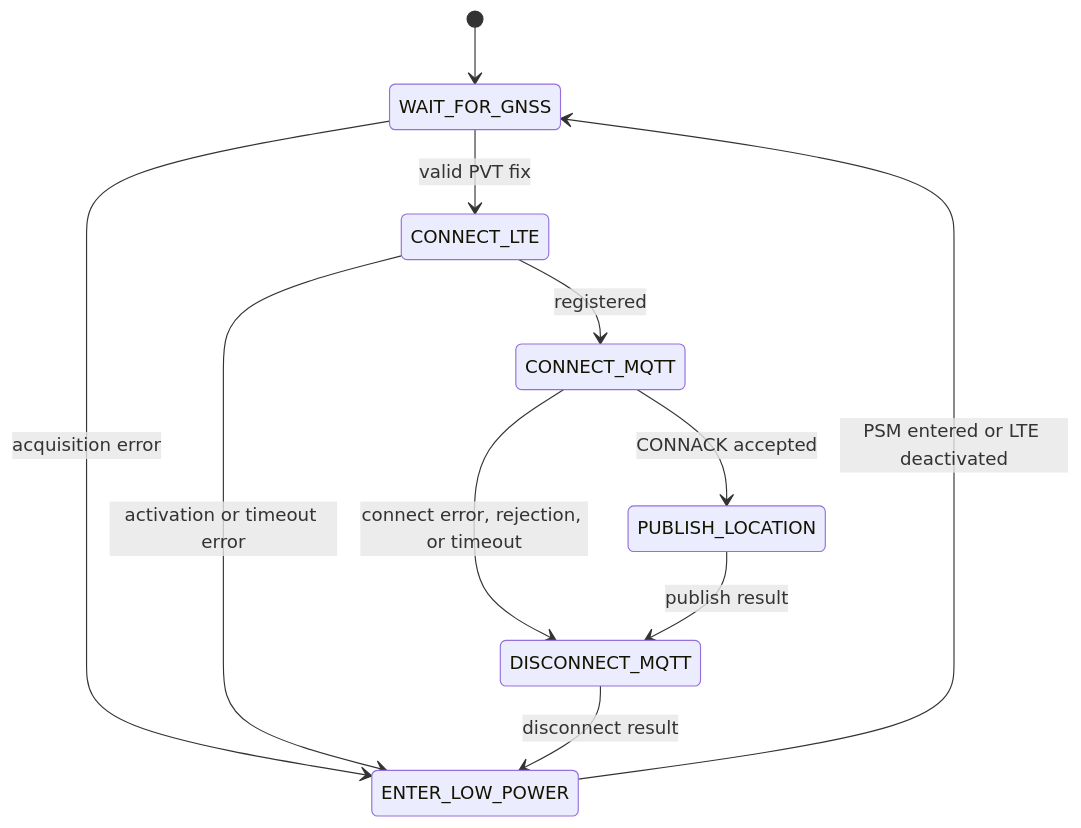
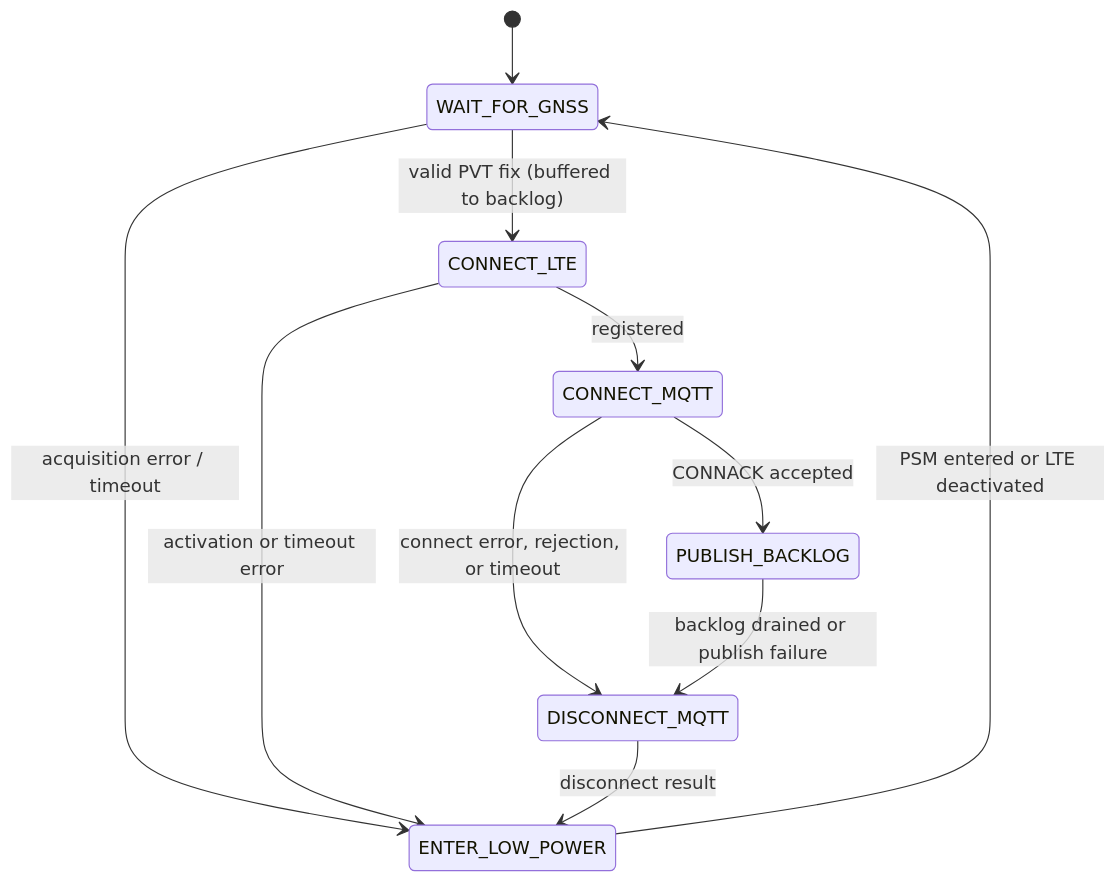
One commit to Faiisu/WildLifeTracking-NBIOT changed the second of 2 diagrams in myprojects/gps_mqtt_tracker/CODE_ARCHITECTURE.md. Above: the diagram before and after it, drawn with Mermaid. The commit also changed other lines of this file and 20 other files, not shown here.

````diff
--- a/myprojects/gps_mqtt_tracker/CODE_ARCHITECTURE.md
+++ b/myprojects/gps_mqtt_tracker/CODE_ARCHITECTURE.md
@@ -96,13 +98,13 @@
 ```mermaid
 stateDiagram-v2
     [*] --> WAIT_FOR_GNSS
-    WAIT_FOR_GNSS --> CONNECT_LTE: valid PVT fix
-    WAIT_FOR_GNSS --> ENTER_LOW_POWER: acquisition error
+    WAIT_FOR_GNSS --> CONNECT_LTE: valid PVT fix (buffered to backlog)
+    WAIT_FOR_GNSS --> ENTER_LOW_POWER: acquisition error / timeout
     CONNECT_LTE --> CONNECT_MQTT: registered
     CONNECT_LTE --> ENTER_LOW_POWER: activation or timeout error
-    CONNECT_MQTT --> PUBLISH_LOCATION: CONNACK accepted
+    CONNECT_MQTT --> PUBLISH_BACKLOG: CONNACK accepted
     CONNECT_MQTT --> DISCONNECT_MQTT: connect error, rejection, or timeout
-    PUBLISH_LOCATION --> DISCONNECT_MQTT: publish result
+    PUBLISH_BACKLOG --> DISCONNECT_MQTT: backlog drained or publish failure
     DISCONNECT_MQTT --> ENTER_LOW_POWER: disconnect result
     ENTER_LOW_POWER --> WAIT_FOR_GNSS: PSM entered or LTE deactivated
 ```
````
